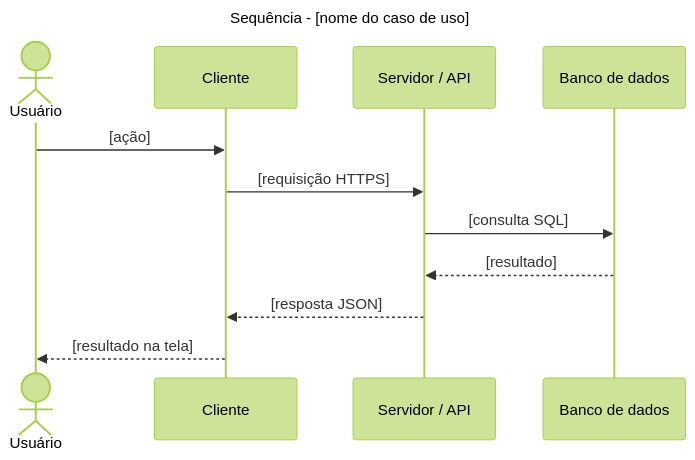
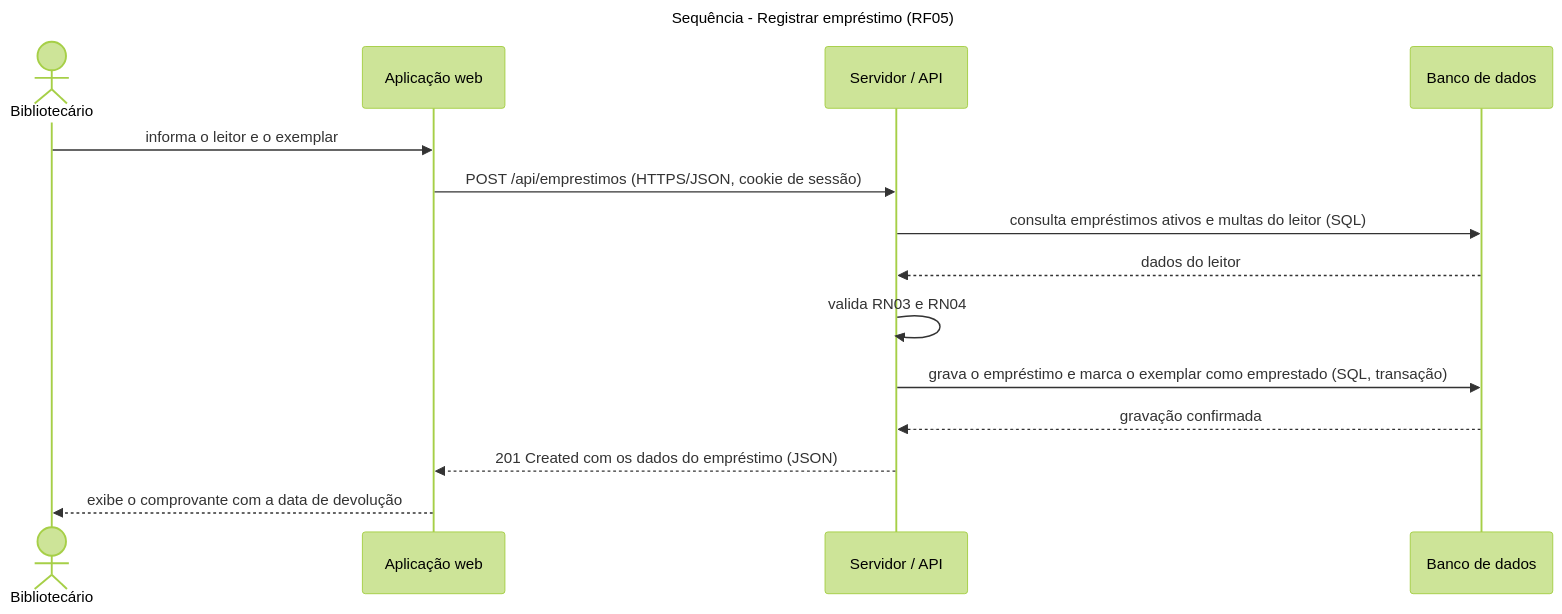
Before and after one commit to ArrayOfLoot/biblioteca-comunitaria: the fourth of 4 diagrams in README.md, drawn with Mermaid (forest theme). The commit also changed other lines of this file, not shown here.

Commit message:
comunicação cliente-servidor
sequencia de registro de emprestimo

````diff
--- a/README.md
+++ b/README.md
@@ -240,16 +240,19 @@
 ```mermaid
 ---
-title: Sequência - [nome do caso de uso]
+title: Sequência - Registrar empréstimo (RF05)
 ---
 sequenceDiagram
-    actor U as Usuário
-    participant C as Cliente
+    actor B as Bibliotecário
+    participant C as Aplicação web
     participant S as Servidor / API
-    participant B as Banco de dados
-    U->>C: [ação]
-    C->>S: [requisição HTTPS]
-    S->>B: [consulta SQL]
-    B-->>S: [resultado]
-    S-->>C: [resposta JSON]
-    C-->>U: [resultado na tela]
+    participant D as Banco de dados
+    B->>C: informa o leitor e o exemplar
+    C->>S: POST /api/emprestimos (HTTPS/JSON, cookie de sessão)
+    S->>D: consulta empréstimos ativos e multas do leitor (SQL)
+    D-->>S: dados do leitor
+    S->>S: valida RN03 e RN04
+    S->>D: grava o empréstimo e marca o exemplar como emprestado (SQL, transação)
+    D-->>S: gravação confirmada
+    S-->>C: 201 Created com os dados do empréstimo (JSON)
+    C-->>B: exibe o comprovante com a data de devolução
 ```
````
